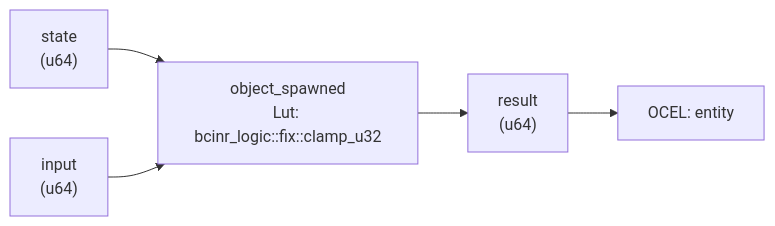
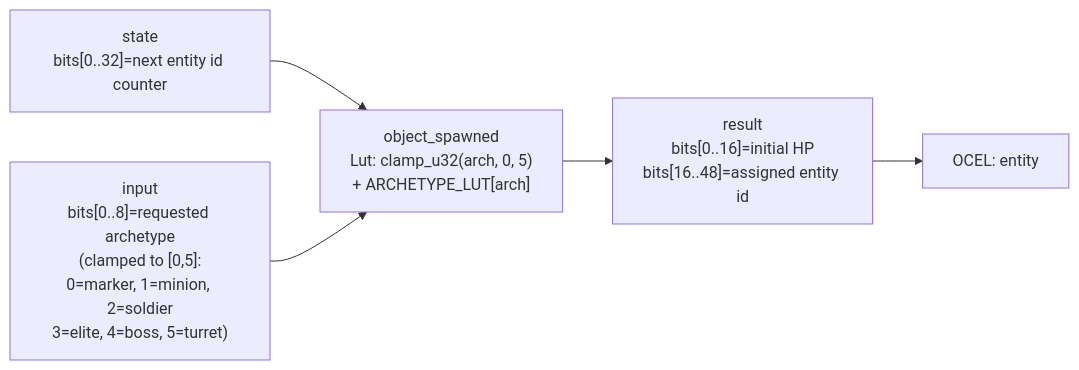
The diagram in crates/wasm4games/docs/patterns/object_spawned.md (seanchatmangpt/bcinr), drawn with Mermaid before and after one commit. The commit also changed other lines of this file and 20 other files, not shown here.

````diff
--- a/crates/wasm4games/docs/patterns/object_spawned.md
+++ b/crates/wasm4games/docs/patterns/object_spawned.md
@@ -56,12 +42,12 @@
 ```mermaid
 graph LR
-    state["state\n(u64)"]
-    input["input\n(u64)"]
-    kernel["object_spawned\nLut: bcinr_logic::fix::clamp_u32"]
-    result["result\n(u64)"]
+    state["state\nbits[0..32]=next entity id counter"]
+    input["input\nbits[0..8]=requested archetype\n(clamped to [0,5]:\n0=marker, 1=minion, 2=soldier\n3=elite, 4=boss, 5=turret)"]
+    kernel["object_spawned\nLut: clamp_u32(arch, 0, 5)\n+ ARCHETYPE_LUT[arch]"]
+    result["result\nbits[0..16]=initial HP\nbits[16..48]=assigned entity id"]
     state --> kernel
     input --> kernel
     kernel --> result
     ocel_0["OCEL: entity"]
     result --> ocel_0
 ```
````
